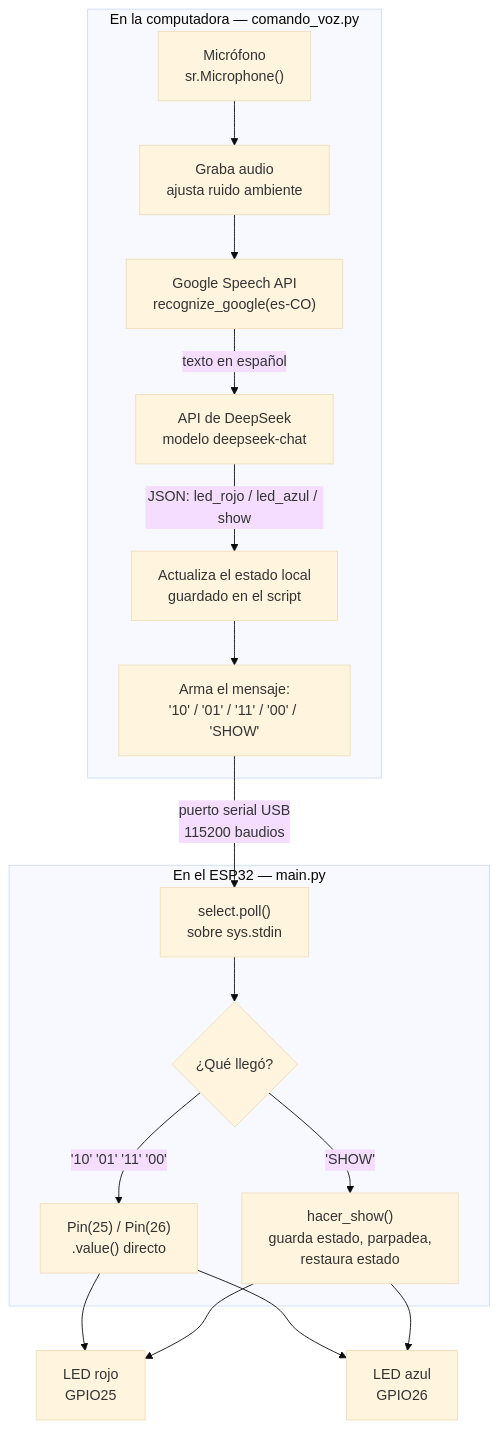
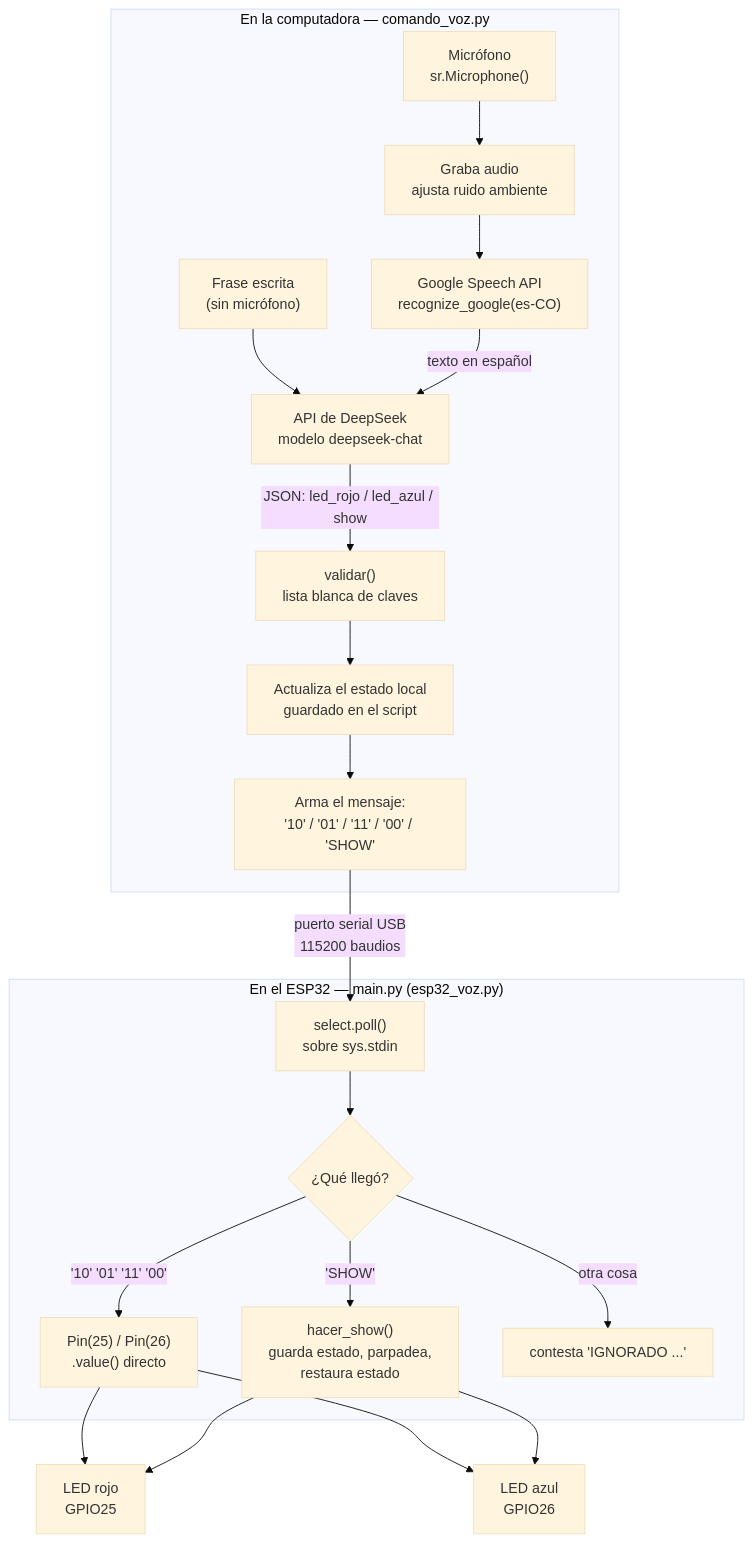
Before and after one commit to Dathinel/Sensores-Teoria: the first of 3 diagrams in 4-chatbot-asistente-voz/README.md, drawn with Mermaid (base theme). The commit also changed other lines of this file and 154 other files, not shown here.

````diff
--- a/4-chatbot-asistente-voz/README.md
+++ b/4-chatbot-asistente-voz/README.md
@@ -15,23 +43,26 @@
 ```mermaid
 flowchart TD
     subgraph PC["En la computadora — comando_voz.py"]
         Mic["Micrófono<br/>sr.Microphone()"] --> Graba["Graba audio<br/>ajusta ruido ambiente"]
+        Teclado["Frase escrita<br/>(sin micrófono)"] --> DeepSeek
         Graba --> STT["Google Speech API<br/>recognize_google(es-CO)"]
         STT -->|"texto en español"| DeepSeek["API de DeepSeek<br/>modelo deepseek-chat"]
-        DeepSeek -->|"JSON: led_rojo / led_azul / show"| Estado["Actualiza el estado local<br/>guardado en el script"]
+        DeepSeek -->|"JSON: led_rojo / led_azul / show"| Valida["validar()<br/>lista blanca de claves"]
+        Valida --> Estado["Actualiza el estado local<br/>guardado en el script"]
         Estado --> Armado["Arma el mensaje:<br/>'10' / '01' / '11' / '00' / 'SHOW'"]
     end
 
     Armado -->|"puerto serial USB<br/>115200 baudios"| Escucha
 
-    subgraph ESP["En el ESP32 — main.py"]
+    subgraph ESP["En el ESP32 — main.py (esp32_voz.py)"]
         Escucha["select.poll()<br/>sobre sys.stdin"] --> Decide{"¿Qué llegó?"}
         Decide -->|"'10' '01' '11' '00'"| Pines["Pin(25) / Pin(26)<br/>.value() directo"]
         Decide -->|"'SHOW'"| Show["hacer_show()<br/>guarda estado, parpadea,<br/>restaura estado"]
+        Decide -->|"otra cosa"| Ignora["contesta 'IGNORADO ...'"]
     end
 
     Pines --> LedRojo["LED rojo<br/>GPIO25"]
     Pines --> LedAzul["LED azul<br/>GPIO26"]
     Show --> LedRojo
     Show --> LedAzul
 ```
````
